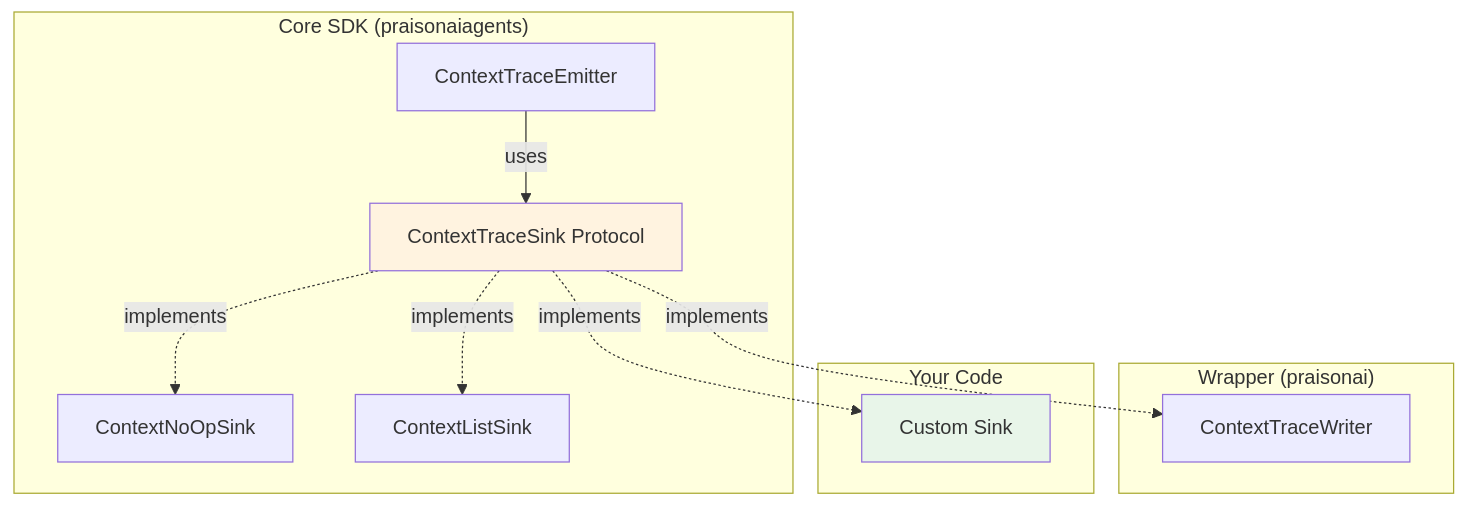
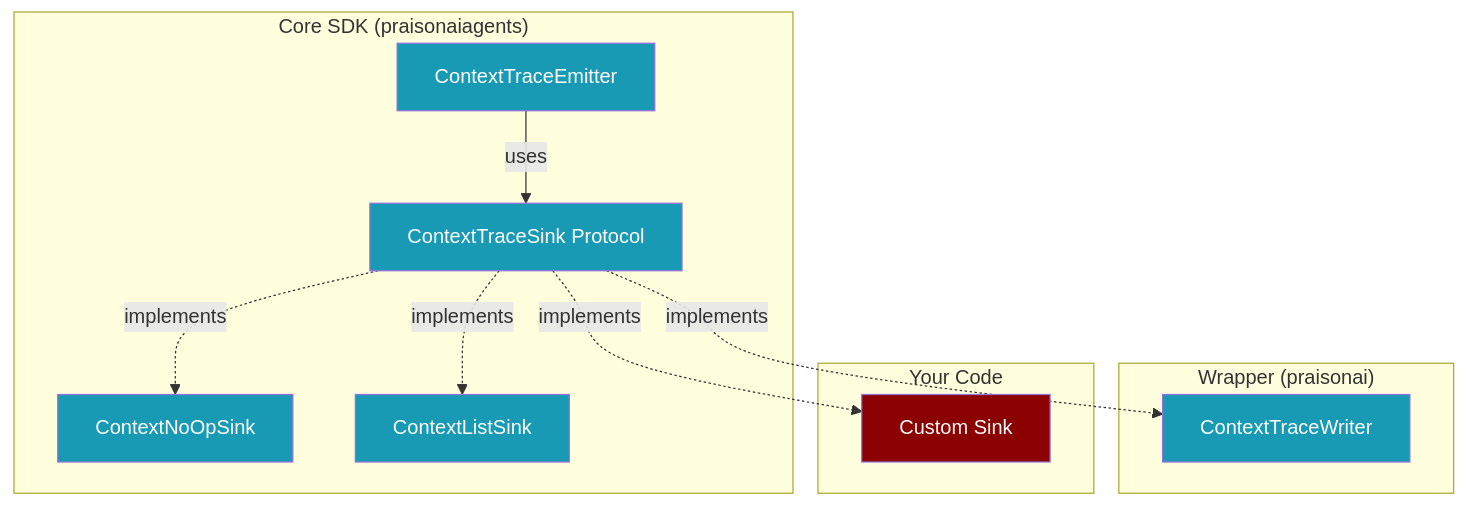
Before and after one commit to MervinPraison/PraisonAIDocs: the fourth of 4 diagrams in docs/observability/custom-tracing.mdx, drawn with Mermaid. The commit also changed other lines of this file and 47 other files, not shown here.

````diff
--- a/docs/observability/custom-tracing.mdx
+++ b/docs/observability/custom-tracing.mdx
@@ -207,27 +246,27 @@
 ```mermaid
 flowchart TB
     subgraph "Core SDK (praisonaiagents)"
-        P[ContextTraceSink Protocol]
-        E[ContextTraceEmitter]
-        N[ContextNoOpSink]
-        L[ContextListSink]
+        P[ContextTraceSink Protocol]:::tool
+        E[ContextTraceEmitter]:::tool
+        N[ContextNoOpSink]:::tool
+        L[ContextListSink]:::tool
     end
     
     subgraph "Wrapper (praisonai)"
-        W[ContextTraceWriter]
+        W[ContextTraceWriter]:::tool
     end
     
     subgraph "Your Code"
-        C[Custom Sink]
+        C[Custom Sink]:::agent
     end
     
     P -.->|implements| N
     P -.->|implements| L
     P -.->|implements| W
     P -.->|implements| C
     
     E -->|uses| P
     
-    style P fill:#fff3e0
-    style C fill:#e8f5e9
+    classDef agent fill:#8B0000,color:#fff
+    classDef tool fill:#189AB4,color:#fff
 ```
````
